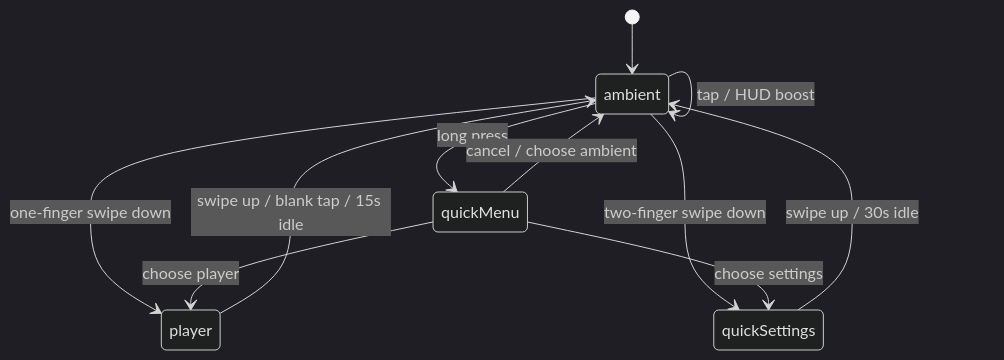
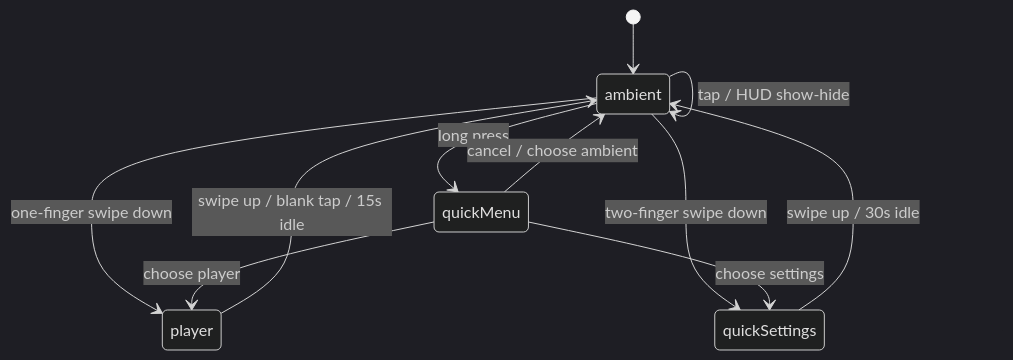
One commit to jiayouchongmingniao/tikpal changed the diagram in docs/01-ux/interaction-and-state-model-v1.md. Above: the diagram before and after it, drawn with Mermaid (dark theme). The commit also changed other lines of this file and 17 other files, not shown here.

Commit message:
Add MPD playback bridge and ambient HUD timing

````diff
--- a/docs/01-ux/interaction-and-state-model-v1.md
+++ b/docs/01-ux/interaction-and-state-model-v1.md
@@ -64,13 +65,13 @@
 ```mermaid
 stateDiagram-v2
   [*] --> ambient
   ambient --> player: one-finger swipe down
   ambient --> quickSettings: two-finger swipe down
   ambient --> quickMenu: long press
-  ambient --> ambient: tap / HUD boost
+  ambient --> ambient: tap / HUD show-hide
   player --> ambient: swipe up / blank tap / 15s idle
   quickSettings --> ambient: swipe up / 30s idle
   quickMenu --> player: choose player
   quickMenu --> quickSettings: choose settings
   quickMenu --> ambient: cancel / choose ambient
 ```
````
